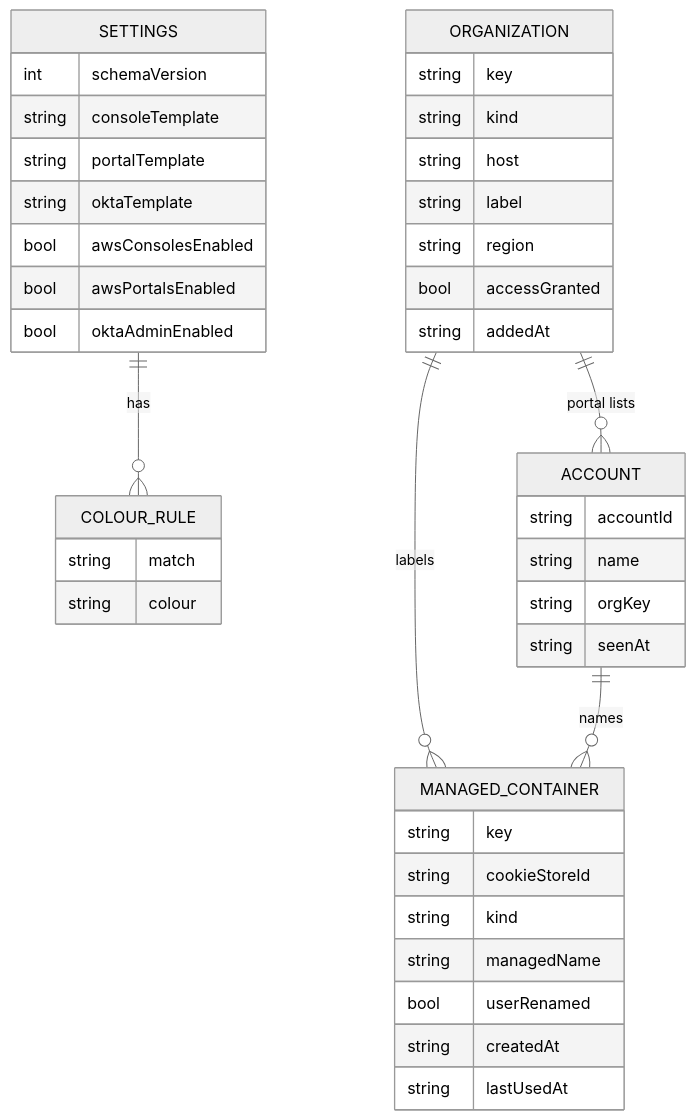
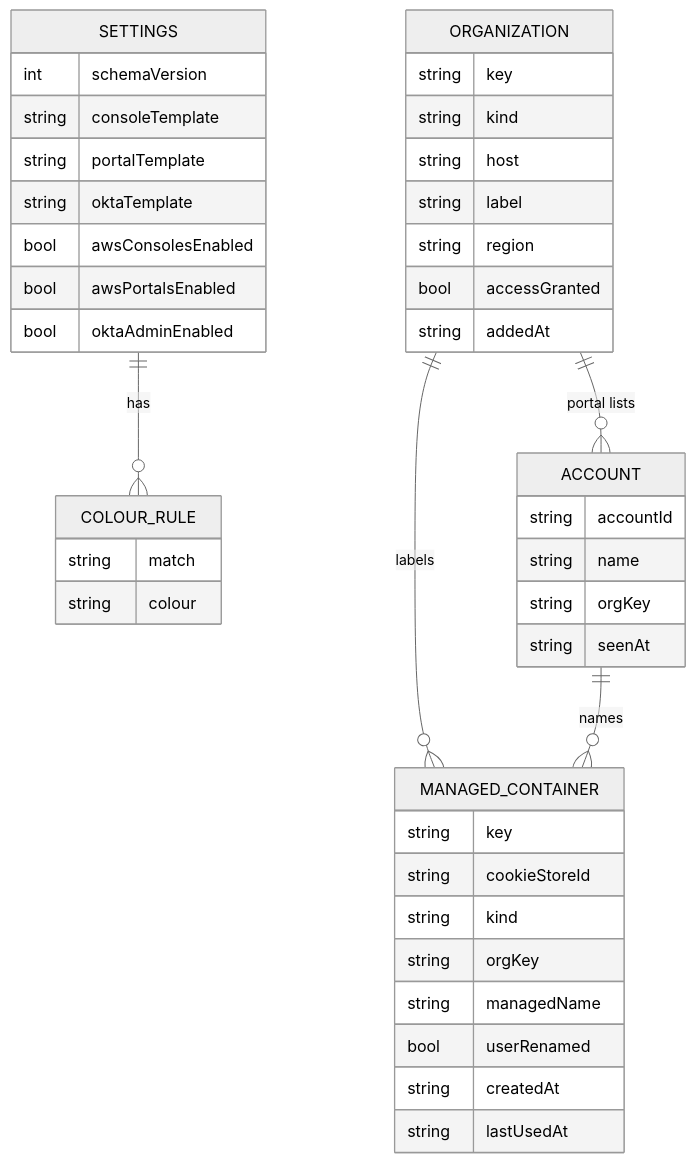
The sixth of 6 diagrams in docs/design/0001-automatic-aws-and-okta-admin-containers-extension.md (donaldgifford/ff-aws-okta-containers), drawn with Mermaid (neutral theme) before and after one commit. The commit also changed other lines of this file and 1 other file, not shown here.

````diff
--- a/docs/design/0001-automatic-aws-and-okta-admin-containers-extension.md
+++ b/docs/design/0001-automatic-aws-and-okta-admin-containers-extension.md
@@ -755,45 +755,46 @@
 ```mermaid
 erDiagram
     SETTINGS ||--o{ COLOUR_RULE : has
     ORGANIZATION ||--o{ ACCOUNT : "portal lists"
     ORGANIZATION ||--o{ MANAGED_CONTAINER : labels
     ACCOUNT ||--o{ MANAGED_CONTAINER : names
 
     SETTINGS {
         int schemaVersion
         string consoleTemplate
         string portalTemplate
         string oktaTemplate
         bool awsConsolesEnabled
         bool awsPortalsEnabled
         bool oktaAdminEnabled
     }
     COLOUR_RULE {
         string match
         string colour
     }
     ORGANIZATION {
         string key
         string kind
         string host
         string label
         string region
         bool accessGranted
         string addedAt
     }
     ACCOUNT {
         string accountId
         string name
         string orgKey
         string seenAt
     }
     MANAGED_CONTAINER {
         string key
         string cookieStoreId
         string kind
+        string orgKey
         string managedName
         bool userRenamed
         string createdAt
         string lastUsedAt
     }
 ```
````
